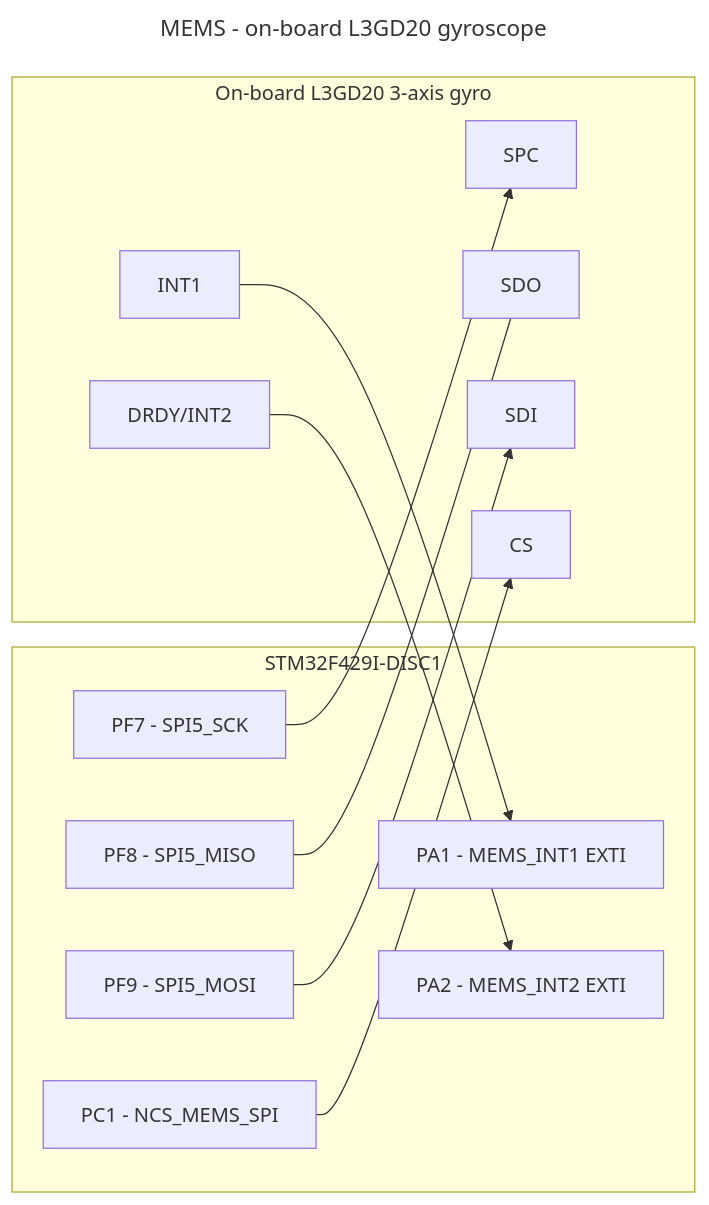
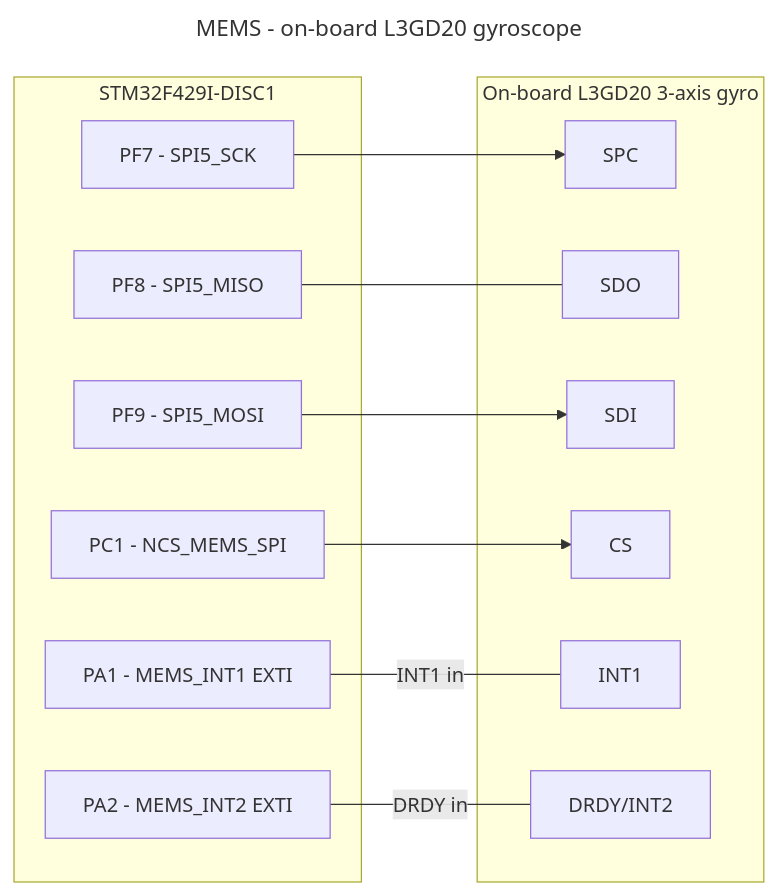
The diagram in Sensor_Cons/Peripherals/MEMS/mems_wiring.mmd (Ekpenyong-Esu/BareMetalMCU2), drawn with Mermaid before and after one commit. The commit also changed 19 other files, not shown here.

First line of the commit message:
Rank every wiring diagram into a single row

```diff
--- a/Sensor_Cons/Peripherals/MEMS/mems_wiring.mmd
+++ b/Sensor_Cons/Peripherals/MEMS/mems_wiring.mmd
@@ -1,34 +1,34 @@
 ---
 title: MEMS - on-board L3GD20 gyroscope
 ---
 %% ALREADY SOLDERED on the STM32F429I-DISC1 - nothing to wire.
 %% Pins from Core/Inc/main.h and Peripherals/MEMS/README.md.
 %% SPI5 is shared with the LCD, so CS on PC1 is what keeps them apart.
 %% INT1 and INT2 are wired to PA1 and PA2, which project.ioc sets up as EXTI
 %% lines - use them instead of polling if you need data-ready timing.
 %% SPI mode 0, up to 10 MHz.
 flowchart LR
     subgraph MCU["STM32F429I-DISC1"]
         SCK["PF7 - SPI5_SCK"]
         MISO["PF8 - SPI5_MISO"]
         MOSI["PF9 - SPI5_MOSI"]
         CS["PC1 - NCS_MEMS_SPI"]
         I1["PA1 - MEMS_INT1 EXTI"]
         I2["PA2 - MEMS_INT2 EXTI"]
     end
 
     subgraph GYRO["On-board L3GD20 3-axis gyro"]
         gSCK["SPC"]
         gSDO["SDO"]
         gSDI["SDI"]
         gCS["CS"]
         gI1["INT1"]
         gI2["DRDY/INT2"]
     end
 
     SCK --> gSCK
     MOSI --> gSDI
     MISO --- gSDO
     CS --> gCS
-    gI1 --> I1
-    gI2 --> I2
+    I1 ---|"INT1 in"| gI1
+    I2 ---|"DRDY in"| gI2
```
